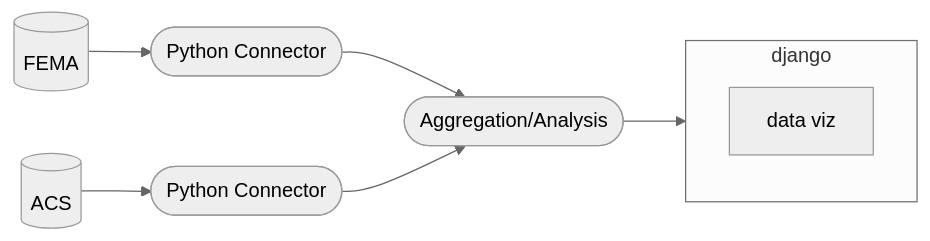
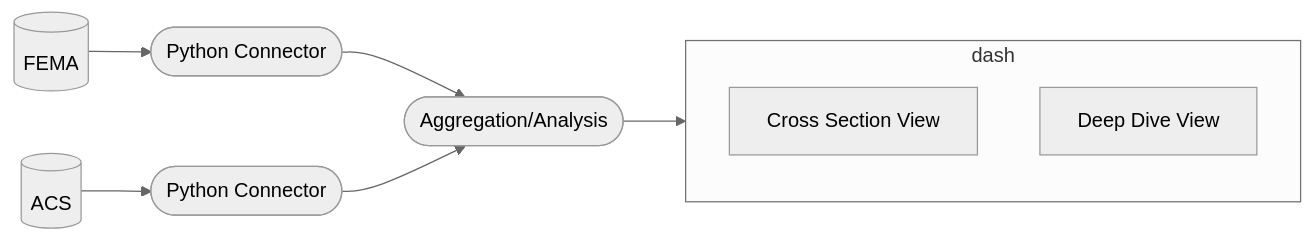
One commit to uchicago-CAPP30122-win-2022/proj-lamonty-python changed the diagram in README.md. Above: the diagram before and after it, drawn with Mermaid (neutral theme). The commit also changed 1 other file, not shown here.

Commit message:
start final write up

````diff
--- a/README.md
+++ b/README.md
@@ -15,16 +15,17 @@
 ```mermaid
 flowchart LR
 db1[(FEMA)] --> py1([Python Connector])
 db2[(ACS)] --> py2([Python Connector])
 
 py1 --> ag([Aggregation/Analysis])
 py2 --> ag([Aggregation/Analysis])
 
-subgraph django
-  vz[data viz]
+subgraph dash
+  cs[Cross Section View]
+  dd[Deep Dive View]
 end
 
-ag --> django
+ag --> dash
 
 
 ```
````
